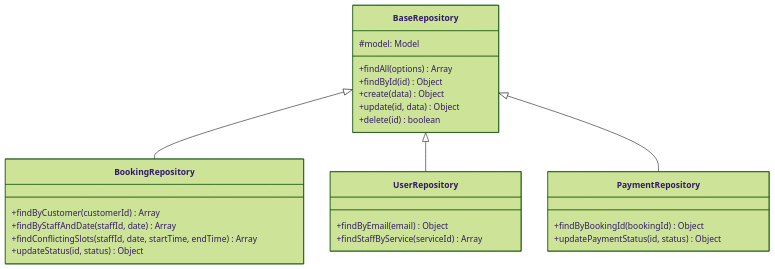
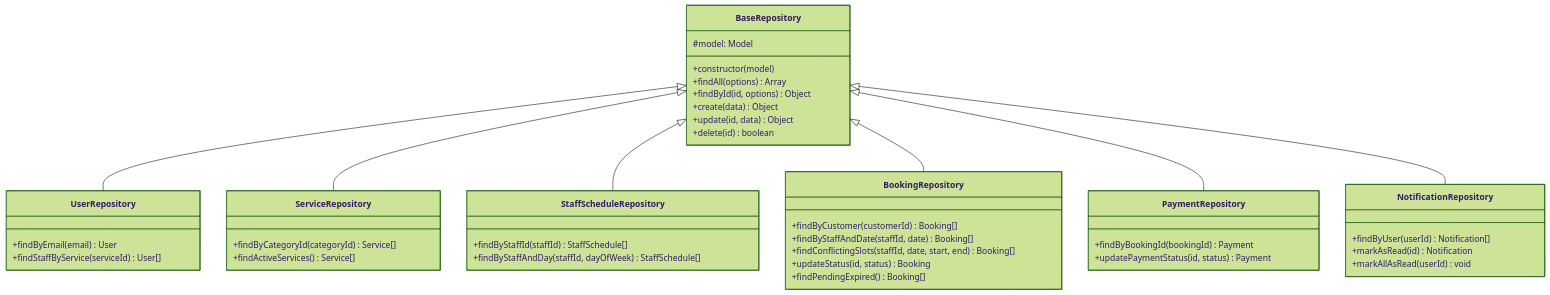
One commit to nguyensykimbang321-arch/KTvsTKPM changed the fifth of 6 diagrams in docs/design-patterns.md. Above: the diagram before and after it, drawn with Mermaid (forest theme). The commit also changed other lines of this file and 7 other files, not shown here.

````diff
--- a/docs/design-patterns.md
+++ b/docs/design-patterns.md
@@ -456,32 +577,53 @@
 ```mermaid
 classDiagram
     class BaseRepository {
         #model: Model
+        +constructor(model)
         +findAll(options) Array
-        +findById(id) Object
+        +findById(id, options) Object
         +create(data) Object
         +update(id, data) Object
         +delete(id) boolean
     }
 
-    class BookingRepository {
-        +findByCustomer(customerId) Array
-        +findByStaffAndDate(staffId, date) Array
-        +findConflictingSlots(staffId, date, startTime, endTime) Array
-        +updateStatus(id, status) Object
+    class UserRepository {
+        +findByEmail(email) User
+        +findStaffByService(serviceId) User[]
     }
 
-    class UserRepository {
-        +findByEmail(email) Object
-        +findStaffByService(serviceId) Array
+    class ServiceRepository {
+        +findByCategoryId(categoryId) Service[]
+        +findActiveServices() Service[]
+    }
+
+    class StaffScheduleRepository {
+        +findByStaffId(staffId) StaffSchedule[]
+        +findByStaffAndDay(staffId, dayOfWeek) StaffSchedule[]
+    }
+
+    class BookingRepository {
+        +findByCustomer(customerId) Booking[]
+        +findByStaffAndDate(staffId, date) Booking[]
+        +findConflictingSlots(staffId, date, start, end) Booking[]
+        +updateStatus(id, status) Booking
+        +findPendingExpired() Booking[]
     }
 
     class PaymentRepository {
-        +findByBookingId(bookingId) Object
-        +updatePaymentStatus(id, status) Object
+        +findByBookingId(bookingId) Payment
+        +updatePaymentStatus(id, status) Payment
     }
 
+    class NotificationRepository {
+        +findByUser(userId) Notification[]
+        +markAsRead(id) Notification
+        +markAllAsRead(userId) void
+    }
+
+    BaseRepository <|-- UserRepository
+    BaseRepository <|-- ServiceRepository
+    BaseRepository <|-- StaffScheduleRepository
     BaseRepository <|-- BookingRepository
-    BaseRepository <|-- UserRepository
     BaseRepository <|-- PaymentRepository
+    BaseRepository <|-- NotificationRepository
 ```
````
